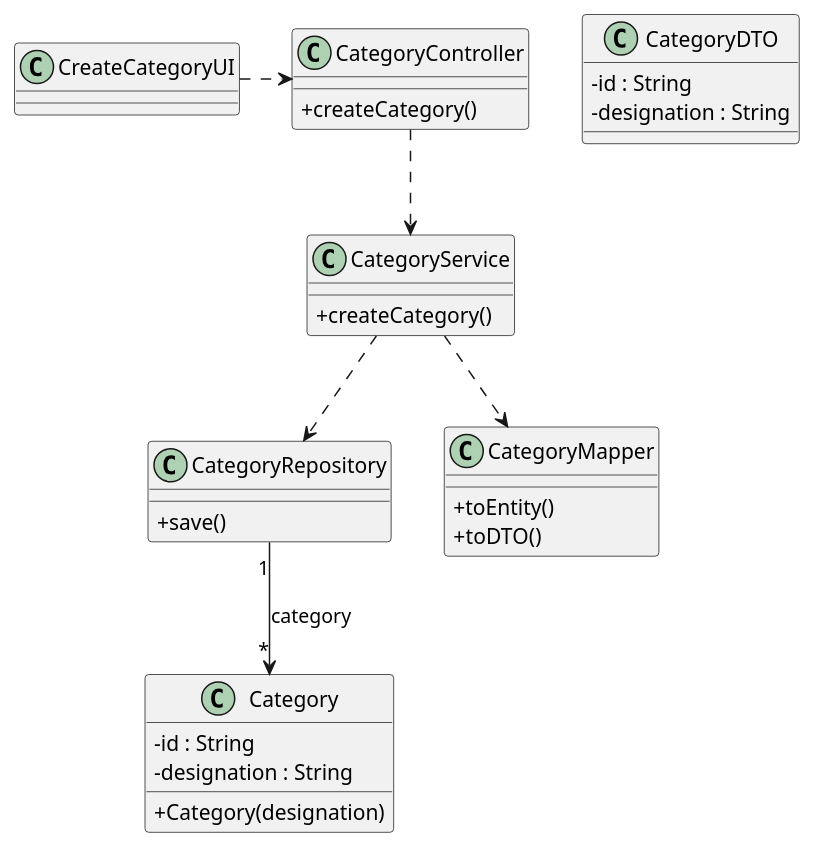
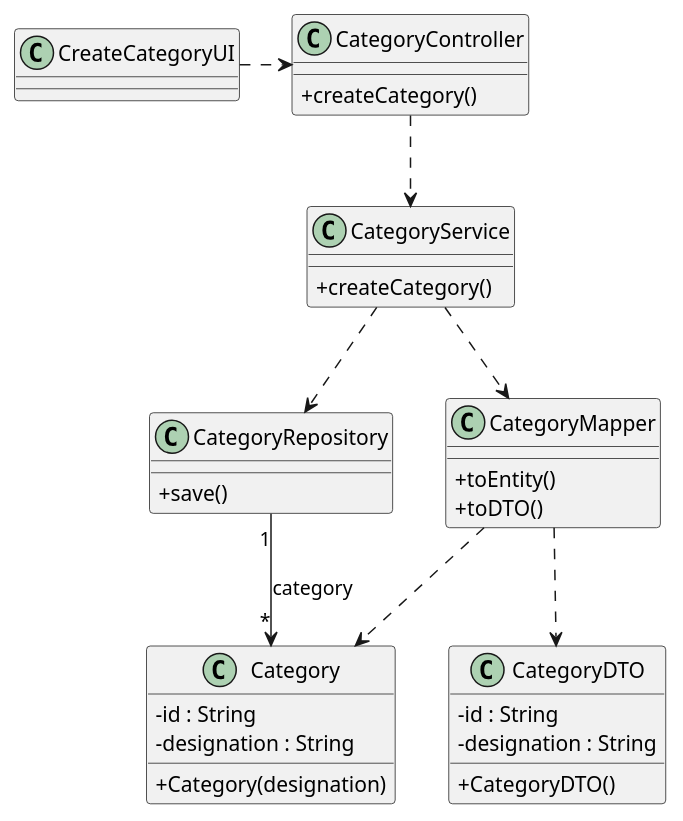
The diagram in Docs/US03/03-design/US03-CD.puml (vivianeaalmeida/ComeAndGet), drawn with PlantUML before and after one commit.

Commit message:
Finished doc US03

```diff
--- a/Docs/US03/03-design/US03-CD.puml
+++ b/Docs/US03/03-design/US03-CD.puml
@@ -4,45 +4,48 @@
 @startuml
 skinparam packageStyle rectangle
 skinparam shadowing false
 skinparam linetype polyline
 skinparam classAttributeIconSize 0
 
 class CreateCategoryUI {
 }
 
 class Category {
     - id : String
     - designation : String
     + Category(designation)
 }
 
 class CategoryDTO {
     - id : String
     - designation : String
+    + CategoryDTO()
 }
 
 class CategoryController {
     + createCategory()
 }
 
 class CategoryService {
     + createCategory()
 }
 
 class CategoryRepository {
     + save()
 }
 
 class CategoryMapper {
     + toEntity()
     + toDTO()
 }
 
 CreateCategoryUI .> CategoryController
 CategoryController ..> CategoryService
 CategoryService ..> CategoryRepository
 CategoryService ..> CategoryMapper
 CategoryRepository "1" --> "*" Category : category
+CategoryMapper ..> Category
+CategoryMapper ..> CategoryDTO
 
 
 @enduml
```
